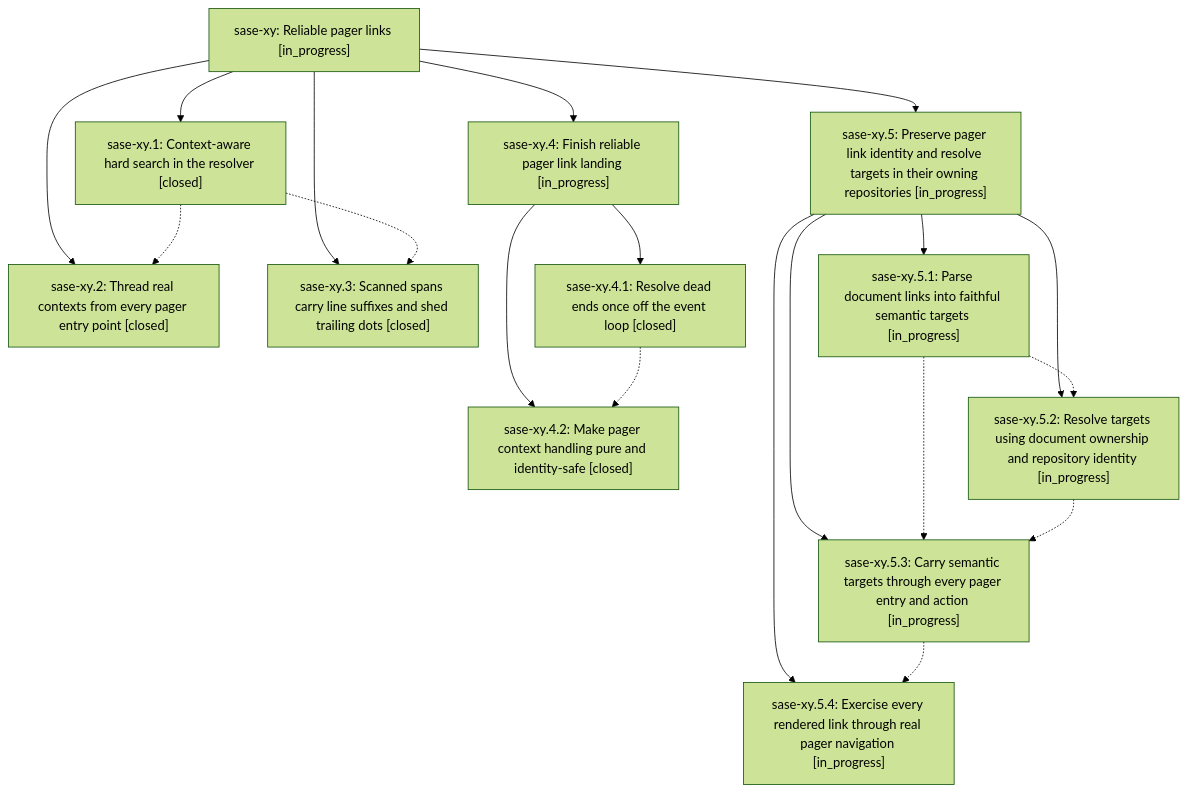
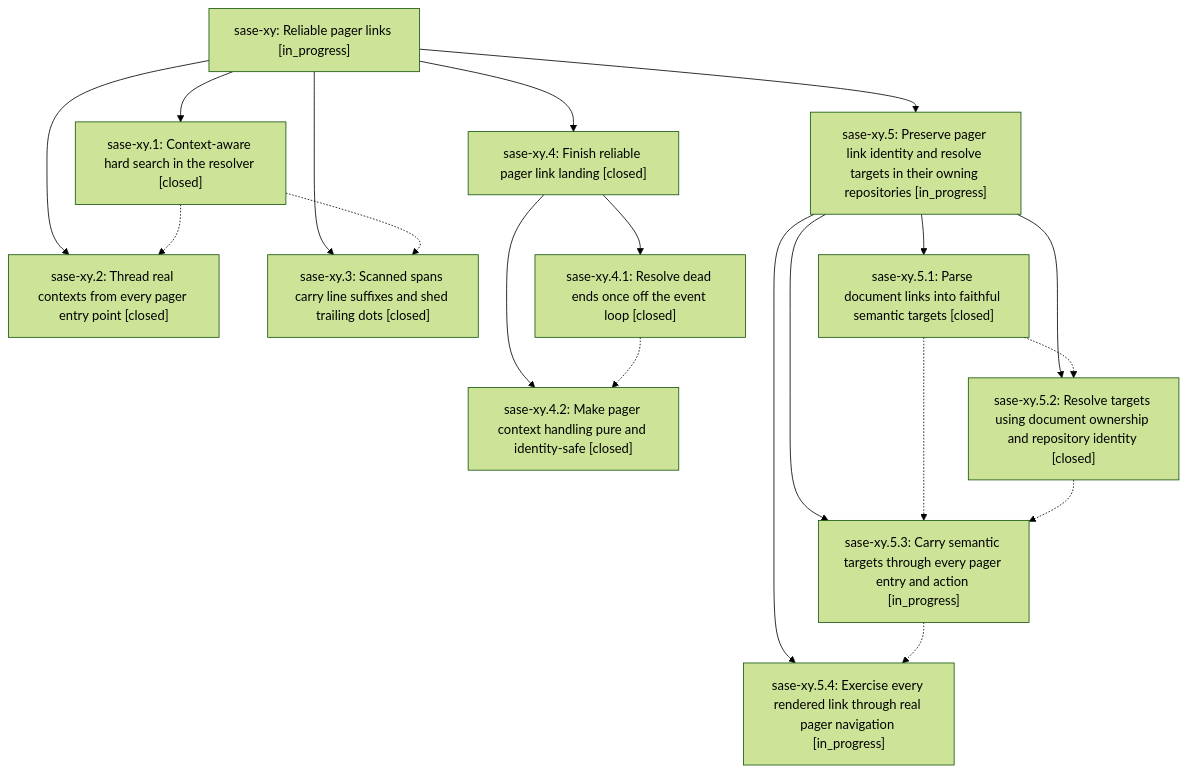
The diagram in pages/sase-xy/README.md (sase-org/sase--beads), drawn with Mermaid (forest theme) before and after one commit. The commit also changed other lines of this file and 4 other files, not shown here.

````diff
--- a/pages/sase-xy/README.md
+++ b/pages/sase-xy/README.md
@@ -40,33 +42,33 @@
 ```mermaid
 flowchart TD
     n0["sase-xy: Reliable pager links [in_progress]"]
     n1["sase-xy.1: Context-aware hard search in the resolver [closed]"]
     n2["sase-xy.2: Thread real contexts from every pager entry point [closed]"]
     n3["sase-xy.3: Scanned spans carry line suffixes and shed trailing dots [closed]"]
-    n4["sase-xy.4: Finish reliable pager link landing [in_progress]"]
+    n4["sase-xy.4: Finish reliable pager link landing [closed]"]
     n5["sase-xy.4.1: Resolve dead ends once off the event loop [closed]"]
     n6["sase-xy.4.2: Make pager context handling pure and identity-safe [closed]"]
     n7["sase-xy.5: Preserve pager link identity and resolve targets in their owning repositories [in_progress]"]
-    n8["sase-xy.5.1: Parse document links into faithful semantic targets [in_progress]"]
-    n9["sase-xy.5.2: Resolve targets using document ownership and repository identity [in_progress]"]
+    n8["sase-xy.5.1: Parse document links into faithful semantic targets [closed]"]
+    n9["sase-xy.5.2: Resolve targets using document ownership and repository identity [closed]"]
     n10["sase-xy.5.3: Carry semantic targets through every pager entry and action [in_progress]"]
     n11["sase-xy.5.4: Exercise every rendered link through real pager navigation [in_progress]"]
     n0 --> n1
     n0 --> n2
     n0 --> n3
     n0 --> n4
     n4 --> n5
     n4 --> n6
     n0 --> n7
     n7 --> n8
     n7 --> n9
     n7 --> n10
     n7 --> n11
     n1 -.-> n2
     n1 -.-> n3
     n5 -.-> n6
     n8 -.-> n9
     n8 -.-> n10
     n9 -.-> n10
     n10 -.-> n11
 ```
````
